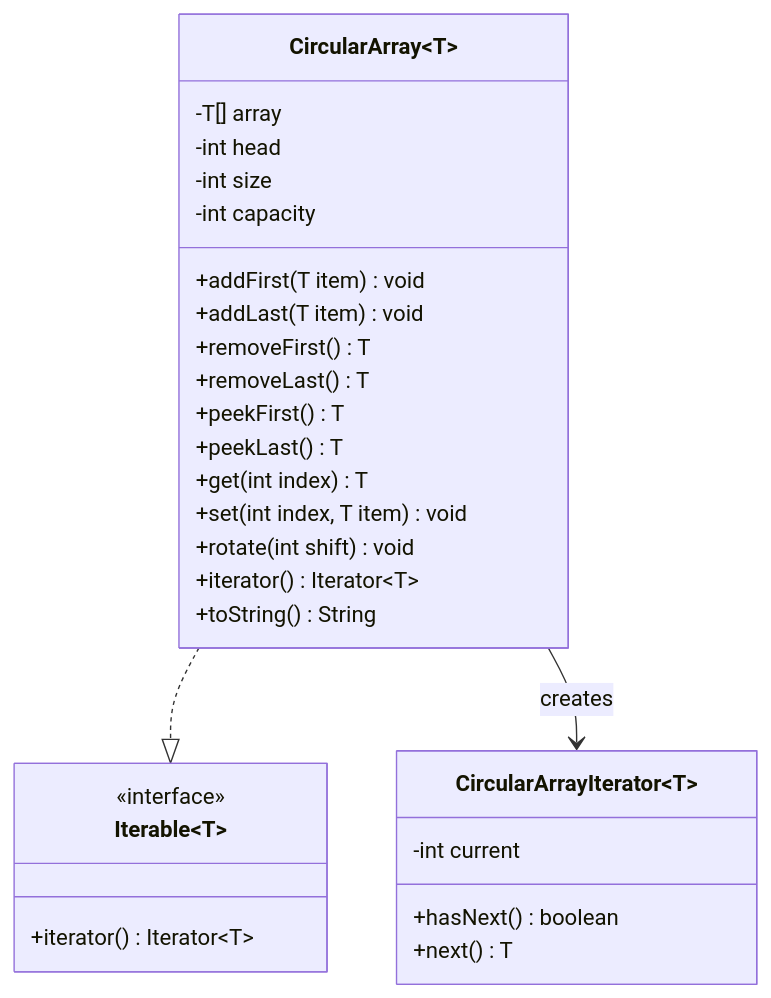
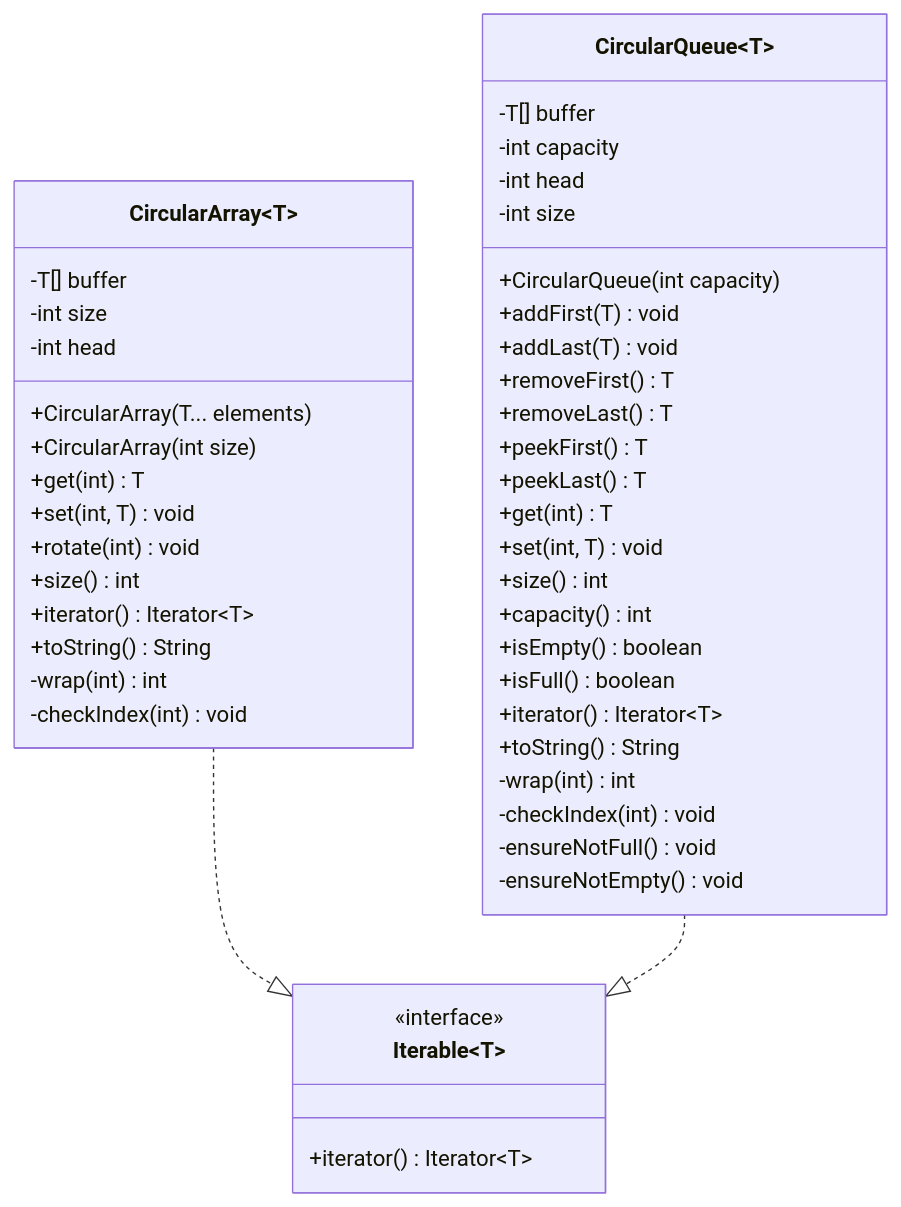
The diagram in InterviewQuestions/questions/basic/circular-array/README.md (abhiknowswhy/LLD), drawn with Mermaid before and after one commit. The commit also changed other lines of this file and 5 other files, not shown here.

Commit message:
corrected circular queue implementations

````diff
--- a/InterviewQuestions/questions/basic/circular-array/README.md
+++ b/InterviewQuestions/questions/basic/circular-array/README.md
@@ -29,34 +87,52 @@
 ```mermaid
 classDiagram
-    class CircularArray~T~ {
-        -T[] array
-        -int head
-        -int size
-        -int capacity
-        +addFirst(T item) void
-        +addLast(T item) void
-        +removeFirst() T
-        +removeLast() T
-        +peekFirst() T
-        +peekLast() T
-        +get(int index) T
-        +set(int index, T item) void
-        +rotate(int shift) void
-        +iterator() Iterator~T~
-        +toString() String
-    }
-
     class Iterable~T~ {
         <<interface>>
         +iterator() Iterator~T~
     }
 
-    class CircularArrayIterator~T~ {
-        -int current
-        +hasNext() boolean
-        +next() T
+    class CircularArray~T~ {
+        -T[] buffer
+        -int size
+        -int head
+        +CircularArray(T... elements)
+        +CircularArray(int size)
+        +get(int) T
+        +set(int, T) void
+        +rotate(int) void
+        +size() int
+        +iterator() Iterator~T~
+        +toString() String
+        -wrap(int) int
+        -checkIndex(int) void
+    }
+
+    class CircularQueue~T~ {
+        -T[] buffer
+        -int capacity
+        -int head
+        -int size
+        +CircularQueue(int capacity)
+        +addFirst(T) void
+        +addLast(T) void
+        +removeFirst() T
+        +removeLast() T
+        +peekFirst() T
+        +peekLast() T
+        +get(int) T
+        +set(int, T) void
+        +size() int
+        +capacity() int
+        +isEmpty() boolean
+        +isFull() boolean
+        +iterator() Iterator~T~
+        +toString() String
+        -wrap(int) int
+        -checkIndex(int) void
+        -ensureNotFull() void
+        -ensureNotEmpty() void
     }
 
     CircularArray~T~ ..|> Iterable~T~
-    CircularArray~T~ --> CircularArrayIterator~T~ : creates
+    CircularQueue~T~ ..|> Iterable~T~
 ```
````
